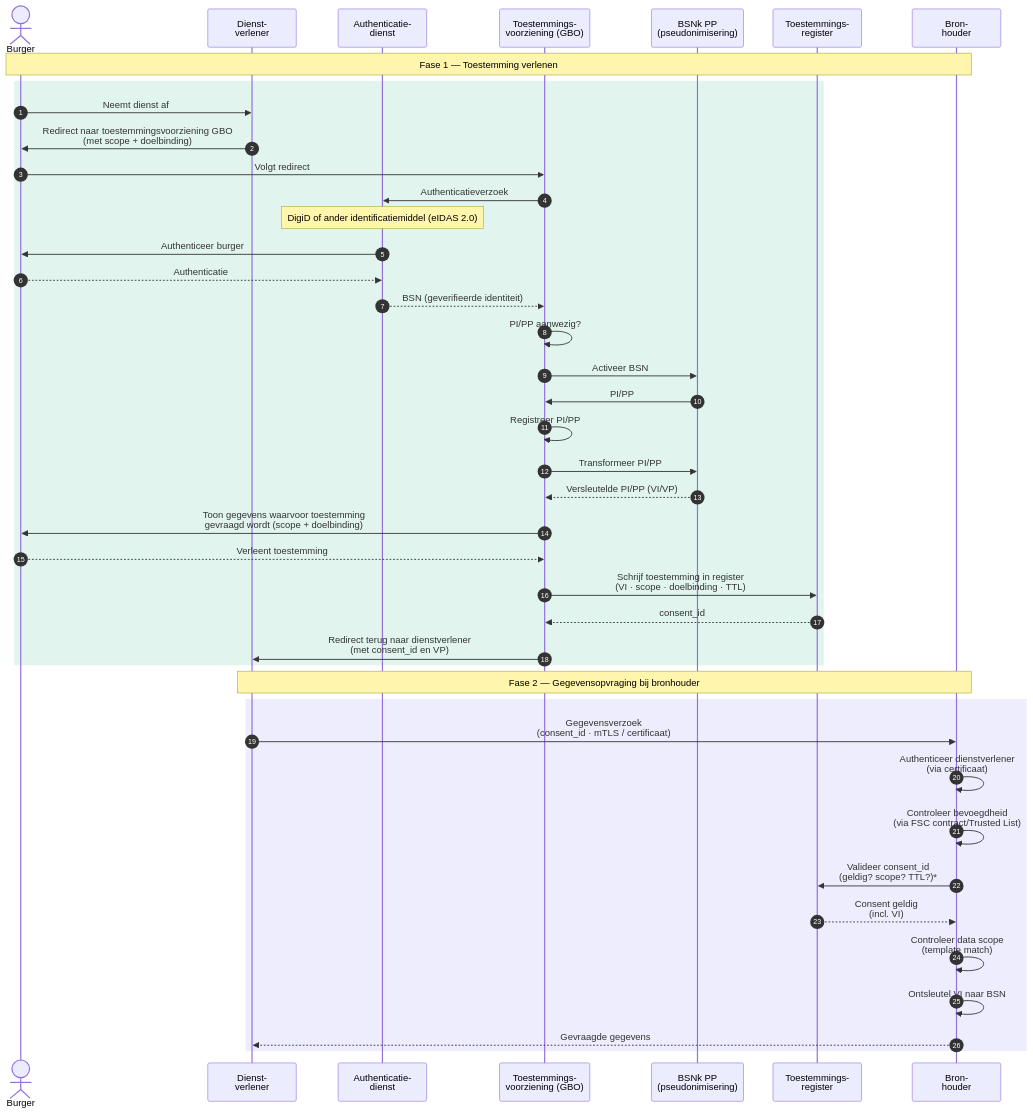
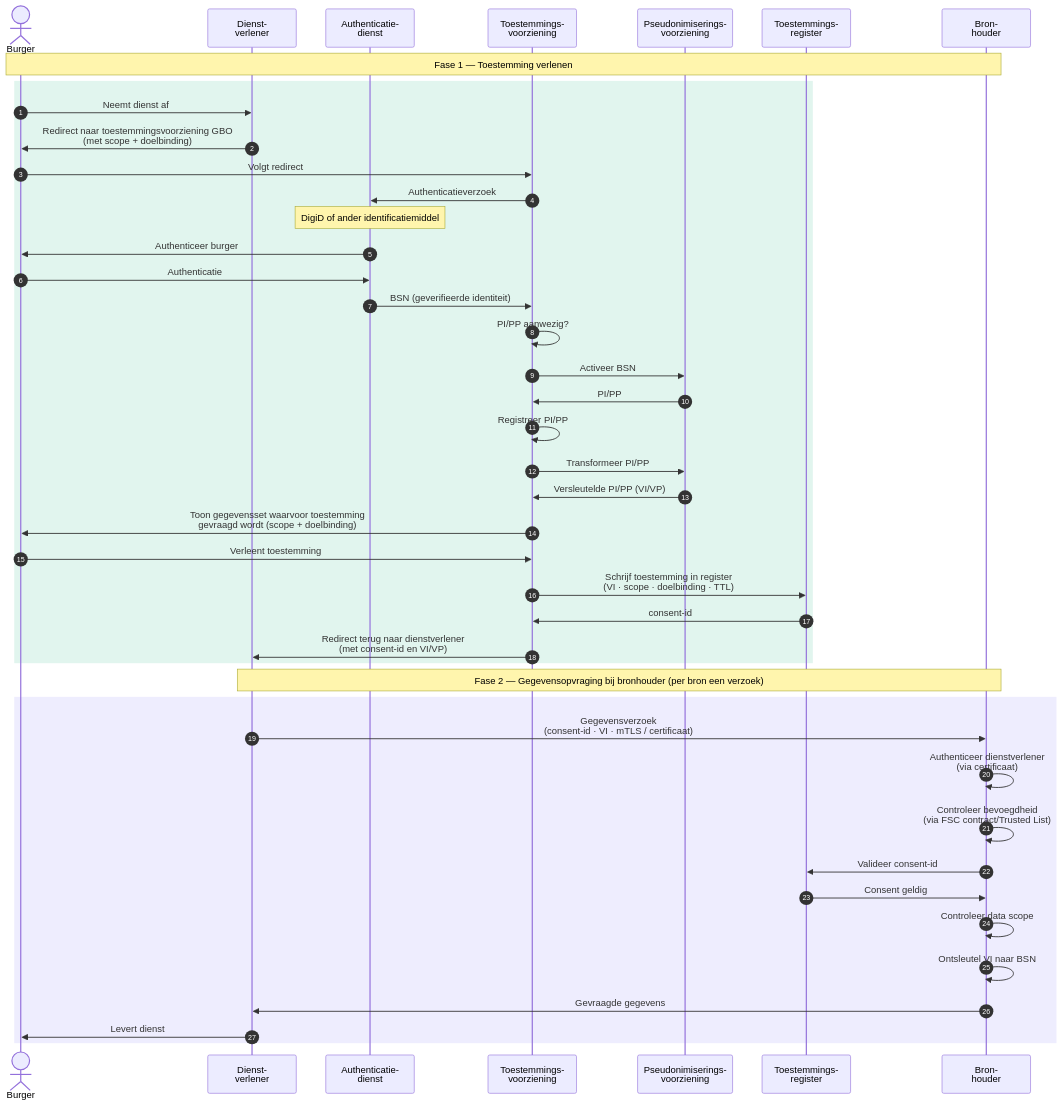
The diagram in docs/diagrammen/interactiepatroon-PP-haalt-gegevens-op.mmd (ICTU/GBO-PSA), drawn with Mermaid before and after one commit. The commit also changed 17 other files, not shown here.

```diff
--- a/docs/diagrammen/interactiepatroon-PP-haalt-gegevens-op.mmd
+++ b/docs/diagrammen/interactiepatroon-PP-haalt-gegevens-op.mmd
@@ -1,46 +1,47 @@
 sequenceDiagram
     autonumber
     actor Burger
     participant DV as Dienst-<br/>verlener
     participant Auth as Authenticatie-<br/>dienst
-    participant TV as Toestemmings-<br/>voorziening (GBO)
-    participant PP as BSNk PP<br/>(pseudonimisering)
+    participant TV as Toestemmings-<br/>voorziening
+    participant PP as Pseudonimiserings-<br/>voorziening
     participant TR as Toestemmings-<br/>register
     participant BRH as Bron-<br/>houder
 
     Note over Burger,BRH: Fase 1 — Toestemming verlenen
 
     rect rgb(225, 245, 238)
         Burger->>DV: Neemt dienst af
         DV->>Burger: Redirect naar toestemmingsvoorziening GBO<br/>(met scope + doelbinding)
         Burger->>TV: Volgt redirect
         TV->>Auth: Authenticatieverzoek
-        Note over Auth: DigiD of ander identificatiemiddel (eIDAS 2.0)
+        Note over Auth: DigiD of ander identificatiemiddel
         Auth->>Burger: Authenticeer burger
-        Burger-->>Auth: Authenticatie
-        Auth-->>TV: BSN (geverifieerde identiteit)
+        Burger->>Auth: Authenticatie
+        Auth->>TV: BSN (geverifieerde identiteit)
         TV->>TV: PI/PP aanwezig?
         TV->>PP: Activeer BSN
         PP->>TV: PI/PP
         TV->>TV: Registreer PI/PP
         TV->>PP: Transformeer PI/PP
-        PP-->>TV: Versleutelde PI/PP (VI/VP)
-        TV->>Burger: Toon gegevens waarvoor toestemming<br/>gevraagd wordt (scope + doelbinding)
-        Burger-->>TV: Verleent toestemming
+        PP->>TV: Versleutelde PI/PP (VI/VP)
+        TV->>Burger: Toon gegevensset waarvoor toestemming<br/>gevraagd wordt (scope + doelbinding)
+        Burger->>TV: Verleent toestemming
         TV->>TR: Schrijf toestemming in register<br/>(VI · scope · doelbinding · TTL)
-        TR-->>TV: consent_id
-        TV->>DV: Redirect terug naar dienstverlener<br/>(met consent_id en VP)
+        TR->>TV: consent-id
+        TV->>DV: Redirect terug naar dienstverlener<br/>(met consent-id en VI/VP)
     end
 
-    Note over DV,BRH: Fase 2 — Gegevensopvraging bij bronhouder
+    Note over DV,BRH: Fase 2 — Gegevensopvraging bij bronhouder (per bron een verzoek)
 
     rect rgb(238, 237, 254)
-        DV->>BRH: Gegevensverzoek<br/>(consent_id · mTLS / certificaat)
+        DV->>BRH: Gegevensverzoek<br/>(consent-id · VI · mTLS / certificaat)
         BRH->>BRH: Authenticeer dienstverlener<br />(via certificaat)
         BRH->>BRH: Controleer bevoegdheid<br />(via FSC contract/Trusted List)
-        BRH->>TR: Valideer consent_id<br/>(geldig? scope? TTL?)*
-        TR-->>BRH: Consent geldig<br />(incl. VI)
-        BRH->>BRH: Controleer data scope<br />(template match)
+        BRH->>TR: Valideer consent-id
+        TR->>BRH: Consent geldig
+        BRH->>BRH: Controleer data scope
         BRH->>BRH: Ontsleutel VI naar BSN
-        BRH-->>DV: Gevraagde gegevens
+        BRH->>DV: Gevraagde gegevens
+        DV->>Burger: Levert dienst
     end
```
